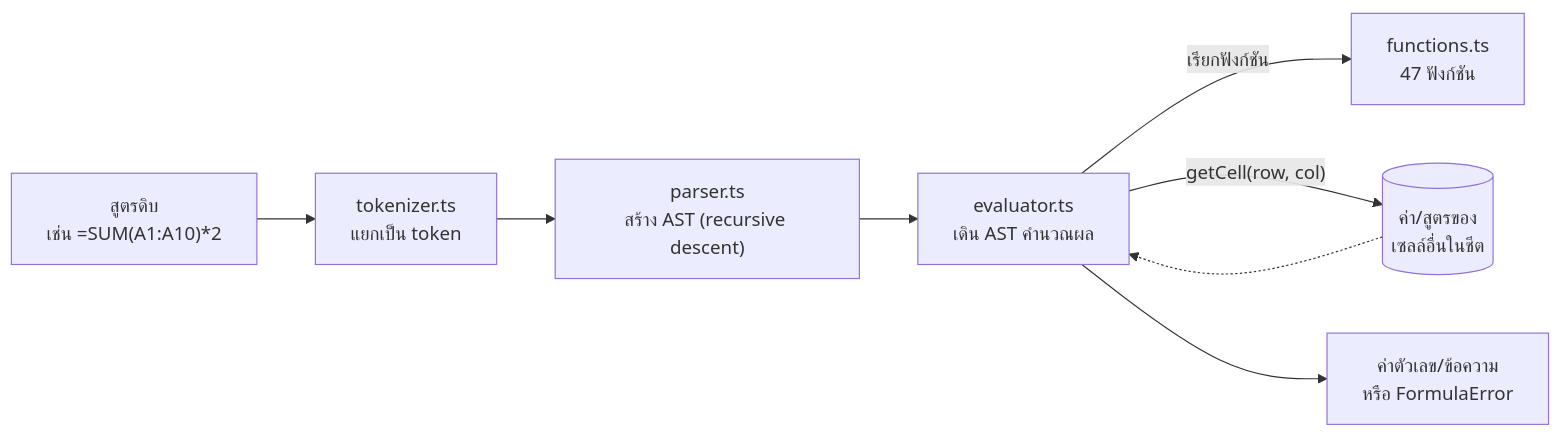
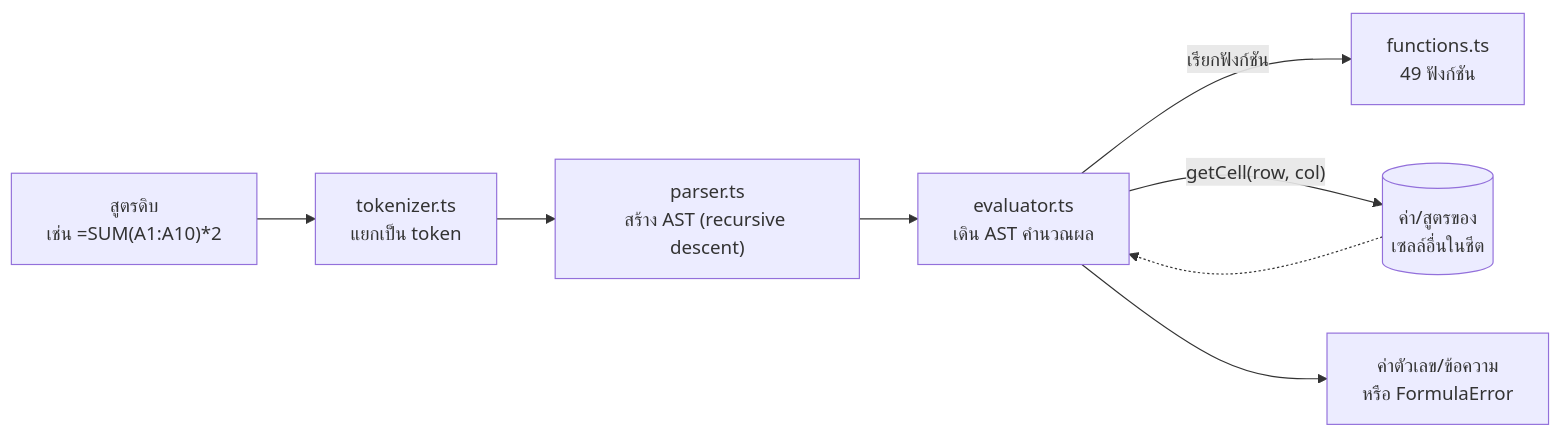
One commit to SuruchBoss/ExcelToGo changed the third of 4 diagrams in README.md. Above: the diagram before and after it, drawn with Mermaid. The commit also changed other lines of this file and 11 other files, not shown here.

````diff
--- a/README.md
+++ b/README.md
@@ -841,10 +841,10 @@
 ```mermaid
 flowchart LR
     Raw["สูตรดิบ<br/>เช่น =SUM(A1:A10)*2"] --> Tok["tokenizer.ts<br/>แยกเป็น token"]
     Tok --> Par["parser.ts<br/>สร้าง AST (recursive descent)"]
     Par --> Eval["evaluator.ts<br/>เดิน AST คำนวณผล"]
-    Eval -->|"เรียกฟังก์ชัน"| Fn["functions.ts<br/>47 ฟังก์ชัน"]
+    Eval -->|"เรียกฟังก์ชัน"| Fn["functions.ts<br/>49 ฟังก์ชัน"]
     Eval -->|"getCell(row, col)"| Sheet[("ค่า/สูตรของ<br/>เซลล์อื่นในชีต")]
     Sheet -.-> Eval
     Eval --> Result["ค่าตัวเลข/ข้อความ<br/>หรือ FormulaError"]
 ```
````
